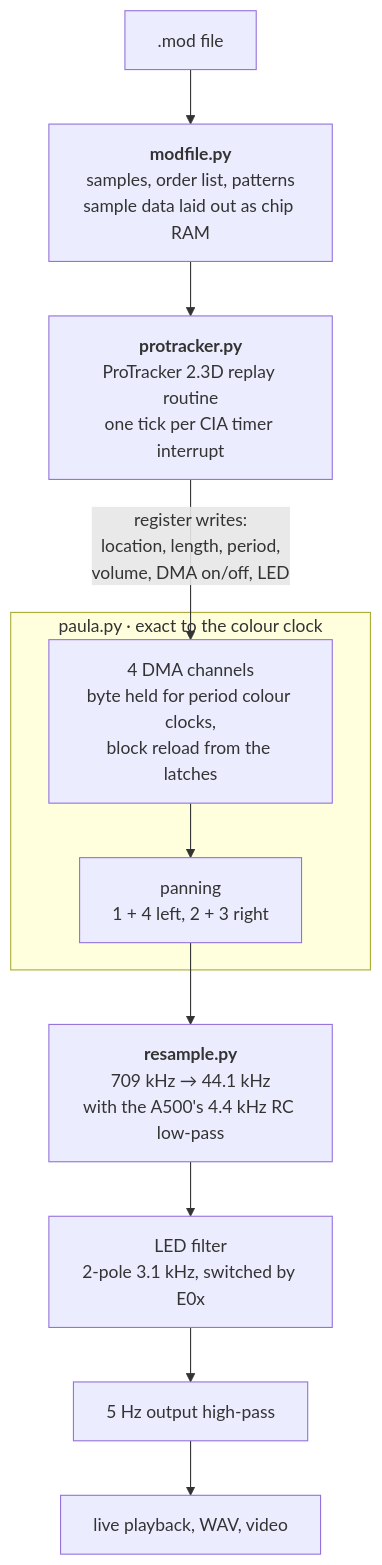
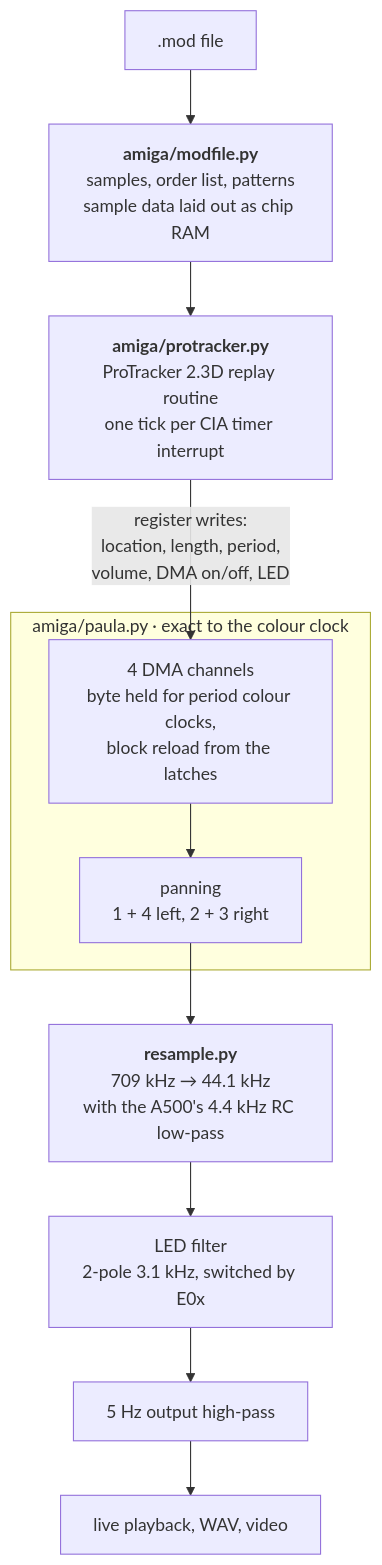
One commit to alecu/numsid changed the second of 2 diagrams in README.md. Above: the diagram before and after it, drawn with Mermaid. The commit also changed other lines of this file and 28 other files, not shown here.

````diff
--- a/README.md
+++ b/README.md
@@ -185,15 +192,15 @@
 ```mermaid
 flowchart TD
-    file[".mod file"] --> mod["<b>modfile.py</b><br/>samples, order list, patterns<br/>sample data laid out as chip RAM"]
-    mod --> pt["<b>protracker.py</b><br/>ProTracker 2.3D replay routine<br/>one tick per CIA timer interrupt"]
+    file[".mod file"] --> mod["<b>amiga/modfile.py</b><br/>samples, order list, patterns<br/>sample data laid out as chip RAM"]
+    mod --> pt["<b>amiga/protracker.py</b><br/>ProTracker 2.3D replay routine<br/>one tick per CIA timer interrupt"]
     pt -- "register writes:<br/>location, length, period,<br/>volume, DMA on/off, LED" --> ch
 
-    subgraph paula ["paula.py · exact to the colour clock"]
+    subgraph paula ["amiga/paula.py · exact to the colour clock"]
         ch["4 DMA channels<br/>byte held for period colour clocks,<br/>block reload from the latches"] --> pan["panning<br/>1 + 4 left, 2 + 3 right"]
     end
 
     pan --> res["<b>resample.py</b><br/>709 kHz → 44.1 kHz<br/>with the A500's 4.4 kHz RC low-pass"]
     res --> led["LED filter<br/>2-pole 3.1 kHz, switched by E0x"]
     led --> hp["5 Hz output high-pass"]
     hp --> out["live playback, WAV, video"]
 ```
````
